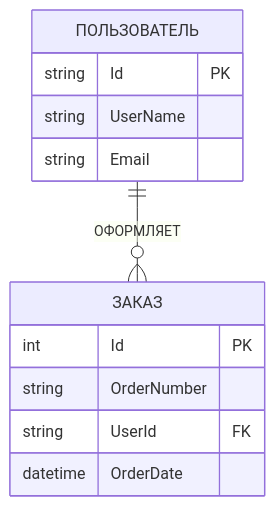
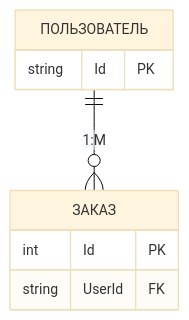
Before and after one commit to BDVRepo/Shop: the fourth of 7 diagrams in example/КУРСОВАЯ_РАБОТА.md, drawn with Mermaid. The commit also changed other lines of this file and 1 other file, not shown here.

````diff
--- a/example/КУРСОВАЯ_РАБОТА.md
+++ b/example/КУРСОВАЯ_РАБОТА.md
@@ -315,15 +280,12 @@
 ```mermaid
+%%{init: {'theme':'base', 'themeVariables': {'fontSize':'14px'}}}%%
 erDiagram
-    ПОЛЬЗОВАТЕЛЬ ||--o{ ЗАКАЗ : "ОФОРМЛЯЕТ"
+    ПОЛЬЗОВАТЕЛЬ ||--o{ ЗАКАЗ : "1:M"
     ПОЛЬЗОВАТЕЛЬ {
         string Id PK
-        string UserName
-        string Email
     }
     ЗАКАЗ {
         int Id PK
-        string OrderNumber
         string UserId FK
-        datetime OrderDate
     }
 ```
````
